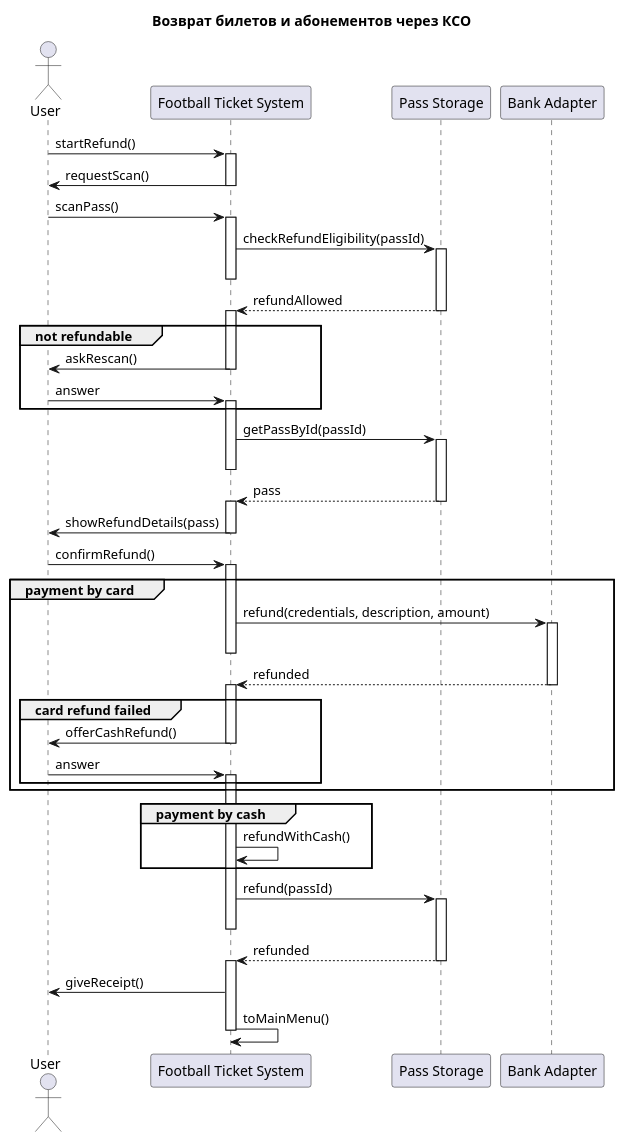
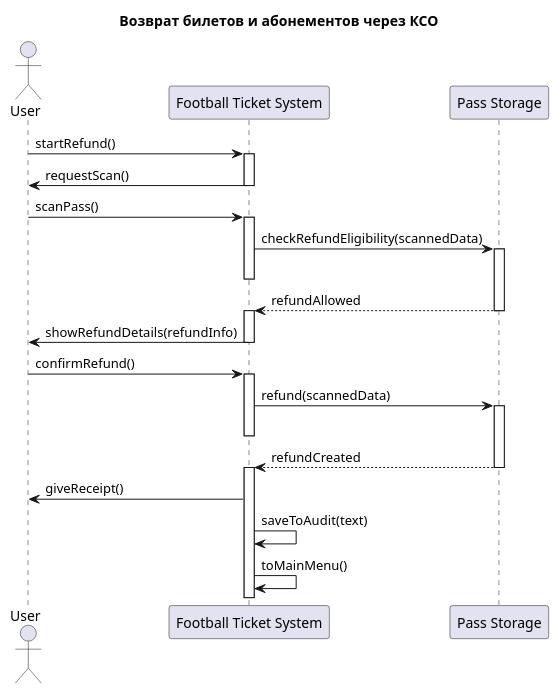
Before and after one commit to penamarth/bsbo-11-24_team5_var10_football: the diagram in Преценденты/Возврат билетов и абонементов/Диаграмма последовательности.md, drawn with PlantUML. The commit also changed 21 other files, not shown here.

````diff
--- a/Преценденты/Возврат билетов и абонементов/Диаграмма последовательности.md
+++ b/Преценденты/Возврат билетов и абонементов/Диаграмма последовательности.md
@@ -3,78 +3,46 @@
 ```plantuml
 @startuml
 title Возврат билетов и абонементов через КСО
 
 actor "User" as User
 participant "Football Ticket System" as FTS
 participant "Pass Storage" as PassStorage
-participant "Bank Adapter" as Bank
 
 User -> FTS : startRefund()
 activate FTS
 
 FTS -> User : requestScan()
 deactivate FTS
 
 User -> FTS : scanPass()
 activate FTS
 
-FTS -> PassStorage : checkRefundEligibility(passId)
+FTS -> PassStorage : checkRefundEligibility(scannedData)
 activate PassStorage
 deactivate FTS
 PassStorage --> FTS : refundAllowed
 deactivate PassStorage
 activate FTS
 
-group not refundable
-	FTS -> User : askRescan()
-	deactivate FTS
-	User -> FTS : answer
-	activate FTS
-end
-
-FTS -> PassStorage : getPassById(passId)
-activate PassStorage
-deactivate FTS
-PassStorage --> FTS : pass
-deactivate PassStorage
-activate FTS
-
-FTS -> User : showRefundDetails(pass)
+FTS -> User : showRefundDetails(refundInfo)
 deactivate FTS
 
 User -> FTS : confirmRefund()
 activate FTS
 
-group payment by card
-	FTS -> Bank : refund(credentials, description, amount)
-	activate Bank
-	deactivate FTS
-	Bank --> FTS : refunded
-	deactivate Bank
-	activate FTS
-
-	group card refund failed
-		FTS -> User : offerCashRefund()
-		deactivate FTS
-		User -> FTS : answer
-		activate FTS
-	end
-end
-
-group payment by cash
-	FTS -> FTS : refundWithCash()
-end
-
-FTS -> PassStorage : refund(passId)
+FTS -> PassStorage : refund(scannedData)
 activate PassStorage
 deactivate FTS
-PassStorage --> FTS : refunded
+
+PassStorage --> FTS : refundCreated
 deactivate PassStorage
 activate FTS
 
 FTS -> User : giveReceipt()
+
+FTS -> FTS : saveToAudit(text)
+
 FTS -> FTS : toMainMenu()
 
-deactivate FTS
 @enduml
 ```
````
